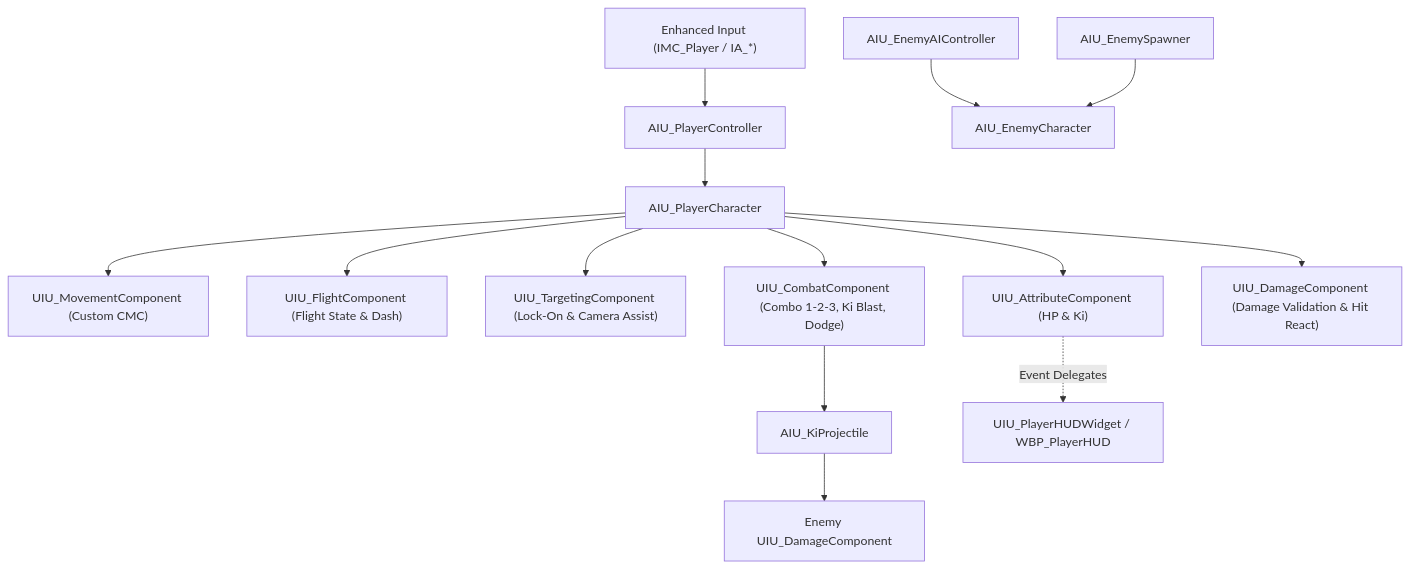
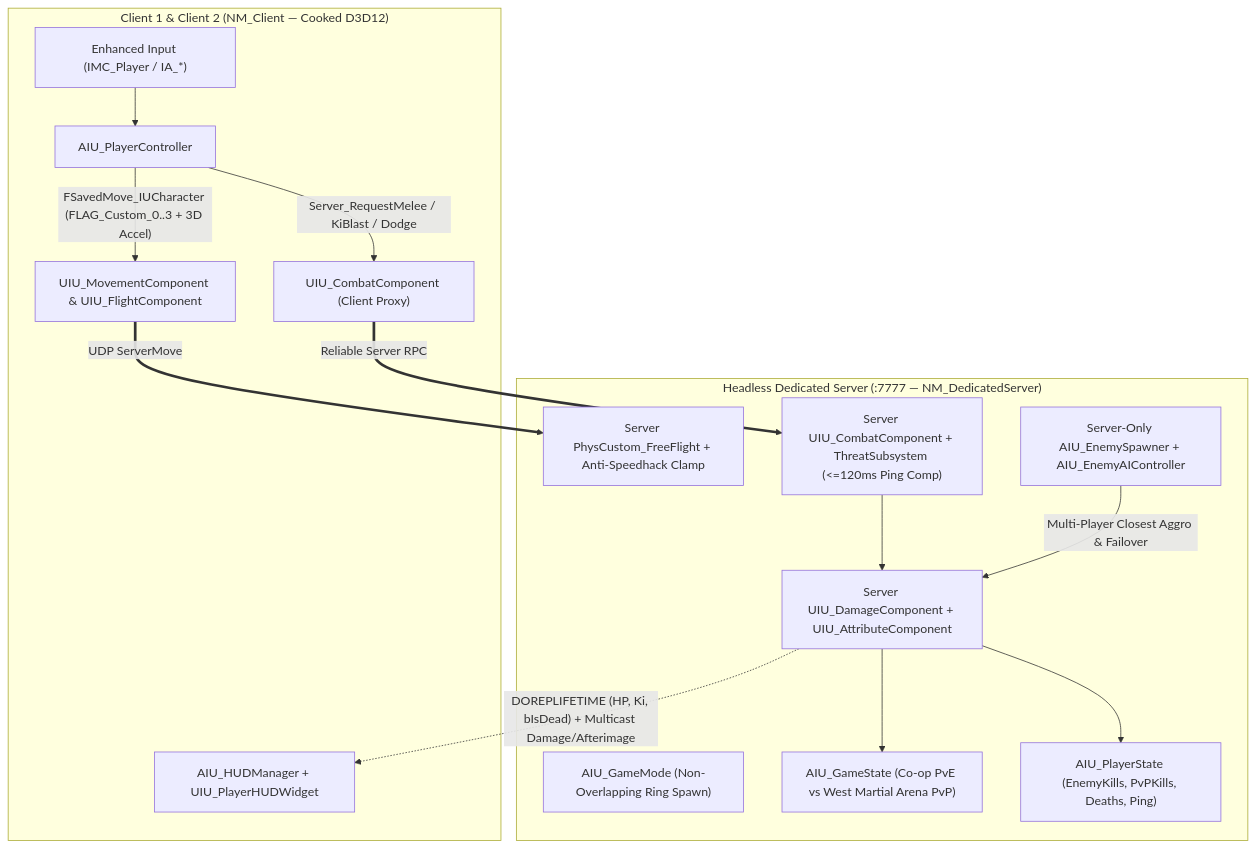
Before and after one commit to tranthaigiabao1708/MMORPGNRO: the diagram in InfiniteUniverse/Documentation/Architecture.md, drawn with Mermaid. The commit also changed other lines of this file and 45 other files, not shown here.

Commit message:
feat(step2): complete Dedicated Server, FSavedMove 3D flight prediction, server-authoritative Co-op/PvP combat, multi-player AI & 64/64 Gatekeeper audit

````diff
--- a/InfiniteUniverse/Documentation/Architecture.md
+++ b/InfiniteUniverse/Documentation/Architecture.md
@@ -9,18 +9,27 @@
 ```mermaid
 flowchart TD
-    Input["Enhanced Input (IMC_Player / IA_*)"] --> PC["AIU_PlayerController"]
-    PC --> Char["AIU_PlayerCharacter"]
+    subgraph ClientA["Client 1 & Client 2 (NM_Client — Cooked D3D12)"]
+        Input["Enhanced Input (IMC_Player / IA_*)"] --> PC["AIU_PlayerController"]
+        PC -->|"FSavedMove_IUCharacter (FLAG_Custom_0..3 + 3D Accel)"| MovePred["UIU_MovementComponent & UIU_FlightComponent"]
+        PC -->|"Server_RequestMelee / KiBlast / Dodge"| CombatRPC["UIU_CombatComponent (Client Proxy)"]
+        HUD["AIU_HUDManager + UIU_PlayerHUDWidget"]
+    end
 
-    Char --> Move["UIU_MovementComponent (Custom CMC)"]
-    Char --> Flight["UIU_FlightComponent (Flight State & Dash)"]
-    Char --> Target["UIU_TargetingComponent (Lock-On & Camera Assist)"]
-    Char --> Combat["UIU_CombatComponent (Combo 1-2-3, Ki Blast, Dodge)"]
-    Char --> Attr["UIU_AttributeComponent (HP & Ki)"]
-    Char --> Dmg["UIU_DamageComponent (Damage Validation & Hit React)"]
+    subgraph DedServer["Headless Dedicated Server (:7777 — NM_DedicatedServer)"]
+        GM["AIU_GameMode (Non-Overlapping Ring Spawn)"]
+        GS["AIU_GameState (Co-op PvE vs West Martial Arena PvP)"]
+        PS["AIU_PlayerState (EnemyKills, PvPKills, Deaths, Ping)"]
+        AuthMove["Server PhysCustom_FreeFlight + Anti-Speedhack Clamp"]
+        AuthCombat["Server UIU_CombatComponent + ThreatSubsystem (<=120ms Ping Comp)"]
+        AuthDmg["Server UIU_DamageComponent + UIU_AttributeComponent"]
+        AI["Server-Only AIU_EnemySpawner + AIU_EnemyAIController"]
+    end
 
-    Combat --> Proj["AIU_KiProjectile"]
-    Proj --> EnemyDmg["Enemy UIU_DamageComponent"]
-    AI["AIU_EnemyAIController"] --> Enemy["AIU_EnemyCharacter"]
-    Spawner["AIU_EnemySpawner"] --> Enemy
-    Attr -.->|"Event Delegates"| HUD["UIU_PlayerHUDWidget / WBP_PlayerHUD"]
+    MovePred ==>|"UDP ServerMove"| AuthMove
+    CombatRPC ==>|"Reliable Server RPC"| AuthCombat
+    AuthCombat --> AuthDmg
+    AuthDmg --> GS
+    AuthDmg --> PS
+    AI -->|"Multi-Player Closest Aggro & Failover"| AuthDmg
+    AuthDmg -.->|"DOREPLIFETIME (HP, Ki, bIsDead) + Multicast Damage/Afterimage"| HUD
 ```
````
